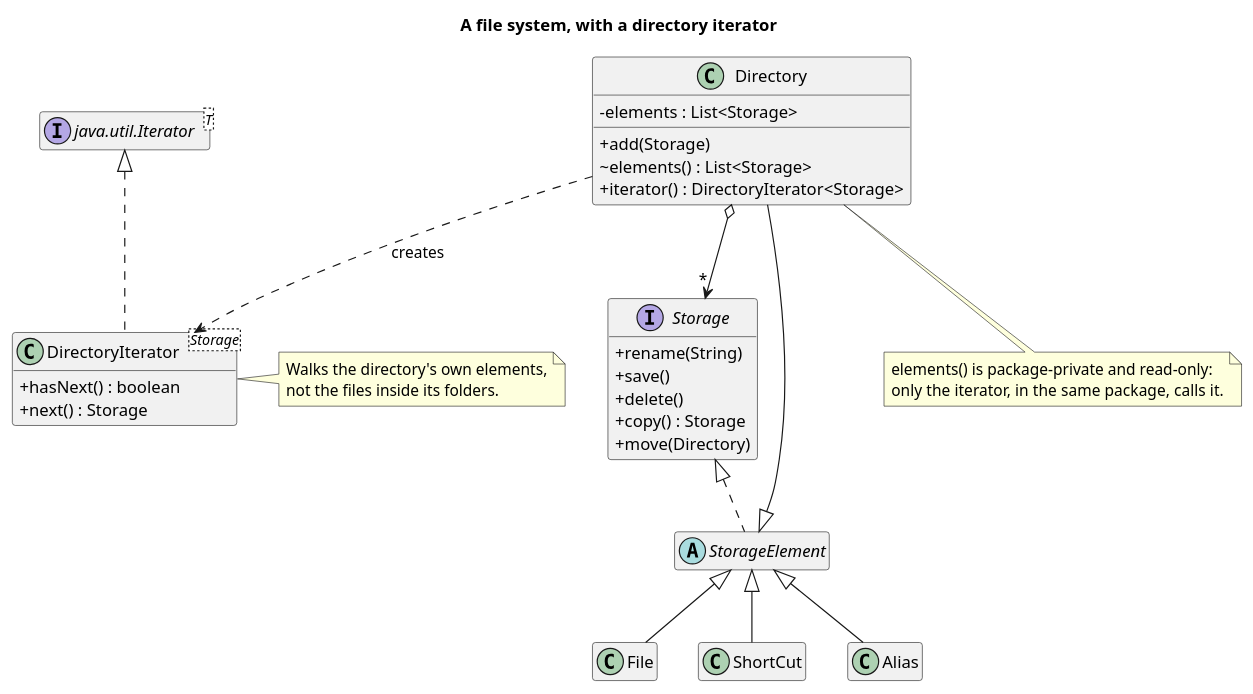
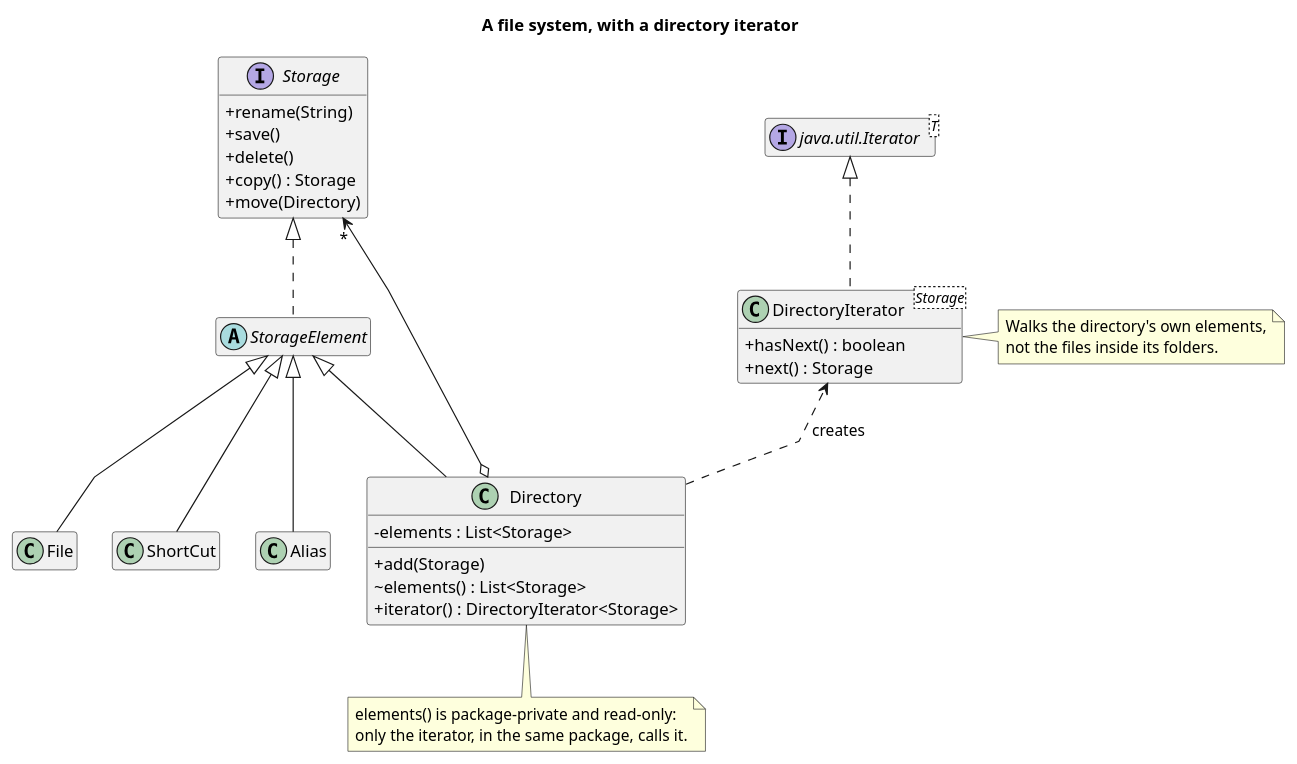
Before and after one commit to kaldiroglu/DesignPatternsWithJava: the diagram in src/main/java/dev/kaldiroglu/dp/behavioral/iterator/fileSystem/uml/Iterator - File System - Class Diagram.puml, drawn with PlantUML. The commit also changed 58 other files, not shown here.

Commit message:
Behavioral diagrams: each parent above and centered over its children, on one row, with straight lines; traffic CD.png shows the current design

```diff
--- a/src/main/java/dev/kaldiroglu/dp/behavioral/iterator/fileSystem/uml/Iterator - File System - Class Diagram.puml
+++ b/src/main/java/dev/kaldiroglu/dp/behavioral/iterator/fileSystem/uml/Iterator - File System - Class Diagram.puml
@@ -1,46 +1,57 @@
 @startuml "Iterator - File System - Class Diagram"
+skinparam linetype polyline
+skinparam nodesep 30
+skinparam class {
+  BackgroundColor<<spacer>> transparent
+  BorderColor<<spacer>> transparent
+  FontColor<<spacer>> transparent
+}
+hide <<spacer>> stereotype
+hide <<spacer>> circle
 skinparam classAttributeIconSize 0
 hide empty members
 title A file system, with a directory iterator
 
 interface Storage {
   + rename(String)
   + save()
   + delete()
   + copy() : Storage
   + move(Directory)
 }
 abstract class StorageElement
 class File
 class ShortCut
 class Alias
 class Directory {
   - elements : List<Storage>
   + add(Storage)
   ~ elements() : List<Storage>
   + iterator() : DirectoryIterator<Storage>
 }
 class "DirectoryIterator<Storage>" as DI {
   + hasNext() : boolean
   + next() : Storage
 }
 interface "java.util.Iterator<T>" as JI
 
 Storage <|.. StorageElement
 StorageElement <|-- File
 StorageElement <|-- ShortCut
+class " " as Spacer1 <<spacer>>
+StorageElement -[hidden]- Spacer1
 StorageElement <|-- Alias
 StorageElement <|-- Directory
-Directory o--> "*" Storage
 JI <|.. DI
-Directory ..> DI : creates
 
 note right of DI
   Walks the directory's own elements,
   not the files inside its folders.
 end note
 note bottom of Directory
   elements() is package-private and read-only:
   only the iterator, in the same package, calls it.
 end note
+Directory o-[norank]-> "*" Storage
+Directory .[norank].> DI : creates
 @enduml
```
